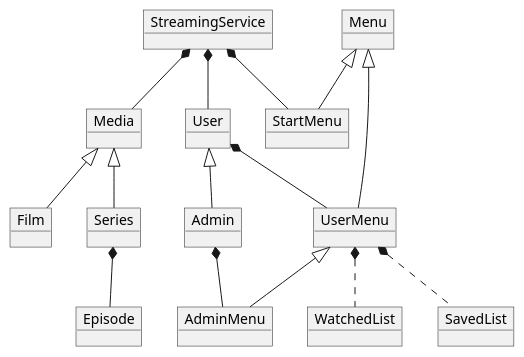
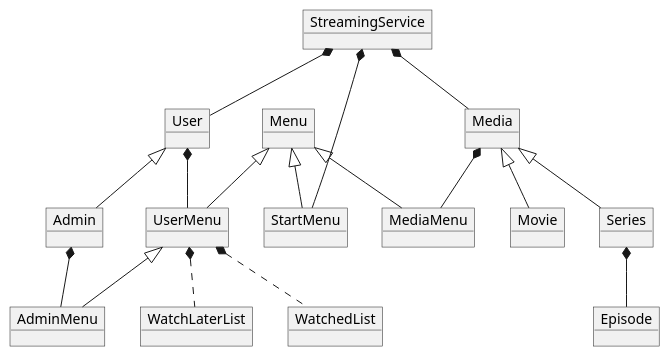
The diagram in doc/objectDiagram.puml (Magnus128/SP3-gruppe-E), drawn with PlantUML before and after one commit. The commit also changed 1 other file, not shown here.

Commit message:
Start på klassediagram

```diff
--- a/doc/objectDiagram.puml
+++ b/doc/objectDiagram.puml
@@ -1,32 +1,35 @@
 @startuml
 'https://plantuml.com/object-diagram
 
 object StreamingService
 object Media
-object Film
+object Movie
 object Series
 object Episode
 object User
 object Admin
 object WatchedList
-object SavedList
+object WatchLaterList
 object Menu
 object StartMenu
 object UserMenu
 object AdminMenu
+object MediaMenu
 
 StreamingService *-- User
 StreamingService *-- Media
 StreamingService *-- StartMenu
 Menu <|-- StartMenu
 Menu <|-- UserMenu
+Menu <|-- MediaMenu
 UserMenu <|-- AdminMenu
-Media <|-- Film
+Media <|-- Movie
 Media <|-- Series
+Media *-- MediaMenu
 Series *-- Episode
 User *-- UserMenu
 User <|-- Admin
 Admin *-- AdminMenu
 UserMenu *.. WatchedList
-UserMenu *.. SavedList
+UserMenu *.. WatchLaterList
 @enduml
```
